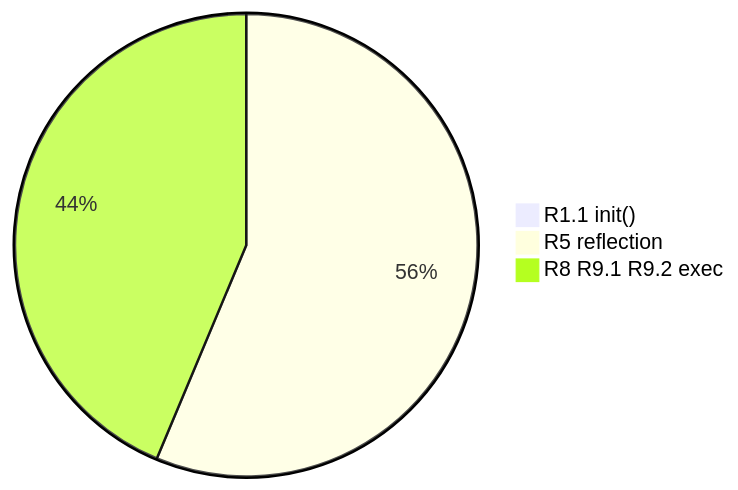
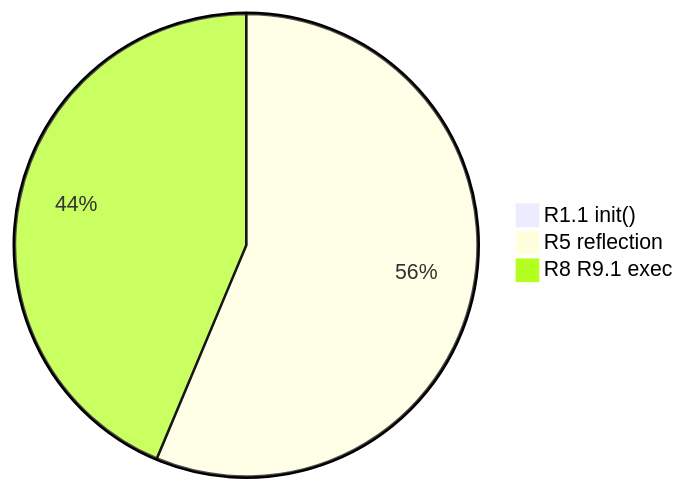
One commit to chains-project/GoSurf changed the fifth of 10 diagrams in results/README.md. Above: the diagram before and after it, drawn with Mermaid. The commit also changed other lines of this file and 5 other files, not shown here.

````diff
--- a/results/README.md
+++ b/results/README.md
@@ -156,6 +160,6 @@
 ```mermaid
 pie 
     "R1.1 init()" : 32
     "R5 reflection" : 4558
-    "R8 R9.1 R9.2 exec" : 3535
+    "R8 R9.1 exec" : 3535
 ```
````
